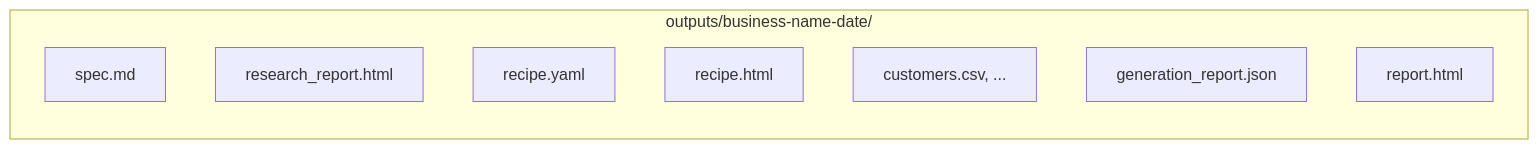
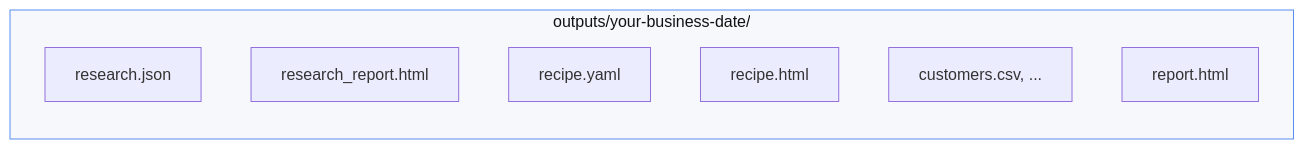
Before and after one commit to harishmathh/datagen-plugin: the fifth of 5 diagrams in README.md, drawn with Mermaid. The commit also changed other lines of this file and 20 other files, not shown here.

````diff
--- a/README.md
+++ b/README.md
@@ -130,12 +189,12 @@
 ```mermaid
 flowchart LR
-    subgraph out [outputs/business-name-date/]
-        s1[spec.md]
-        s2[research_report.html]
-        s3[recipe.yaml]
-        s4[recipe.html]
-        s5[customers.csv, ...]
-        s6[generation_report.json]
-        s7[report.html]
+    subgraph out [outputs/your-business-date/]
+        F1[research.json]
+        F2[research_report.html]
+        F3[recipe.yaml]
+        F4[recipe.html]
+        F5[customers.csv, ...]
+        F6[report.html]
     end
+    style out fill:#f6f8fc,stroke:#5b8def,color:#111
 ```
````
